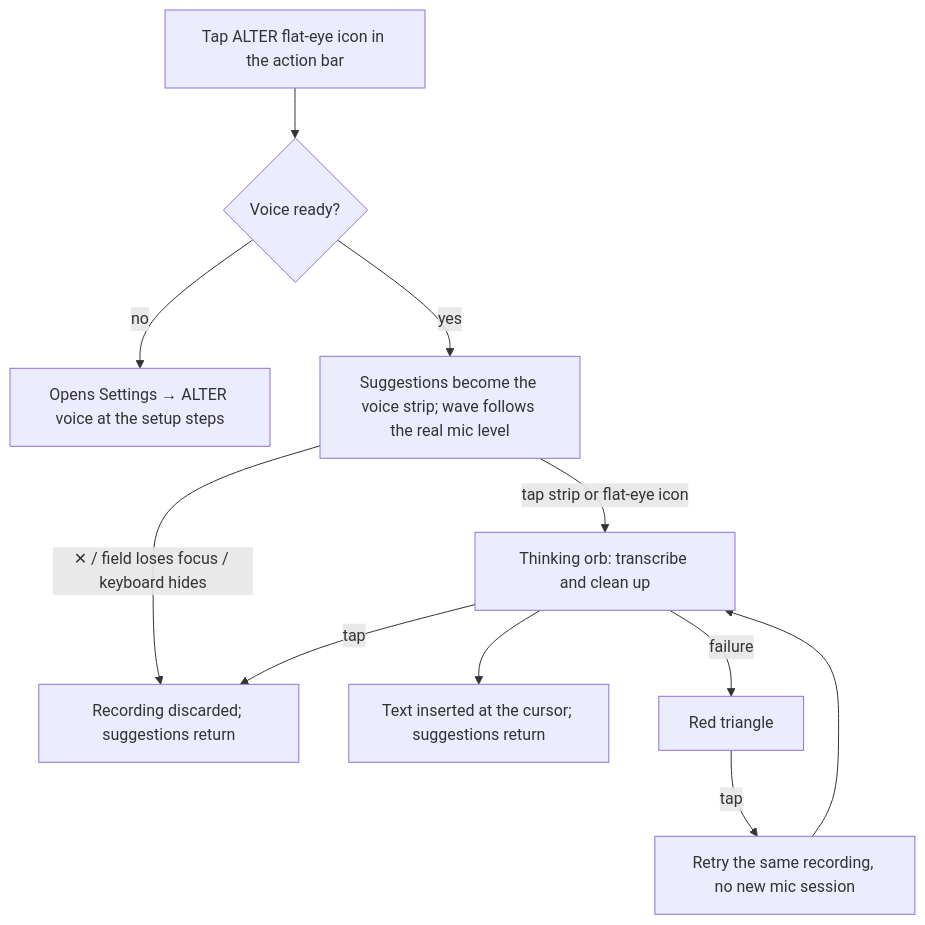
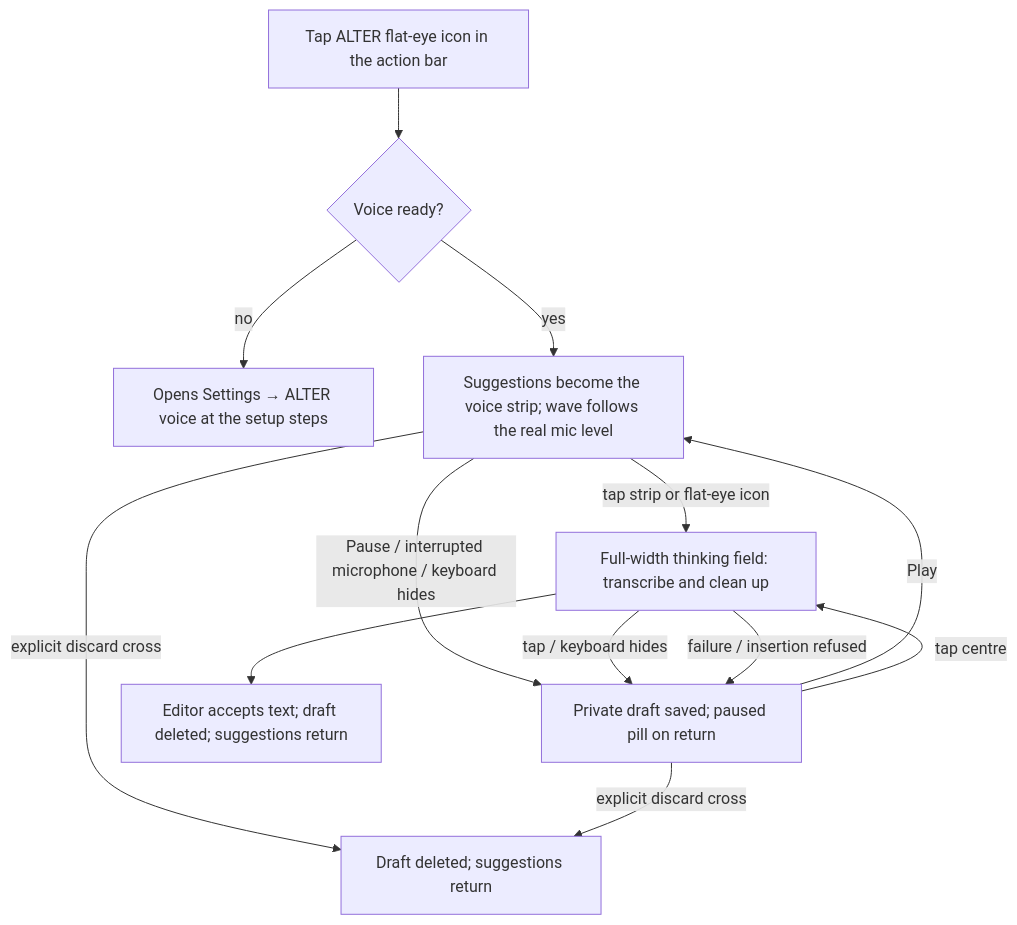
One commit to hardikk-gupta/alter-keyboard changed the second of 3 diagrams in docs/SITEMAP.md. Above: the diagram before and after it, drawn with Mermaid. The commit also changed other lines of this file and 18 other files, not shown here.

Commit message:
Preserve interrupted dictation and fill the processing pill

````diff
--- a/docs/SITEMAP.md
+++ b/docs/SITEMAP.md
@@ -75,13 +75,15 @@
 ```mermaid
 flowchart TD
     A[Tap ALTER flat-eye icon in the action bar] --> B{Voice ready?}
     B -- no --> S[Opens Settings → ALTER voice at the setup steps]
     B -- yes --> C[Suggestions become the voice strip; wave follows the real mic level]
-    C -- tap strip or flat-eye icon --> D[Thinking orb: transcribe and clean up]
-    C -- "✕ / field loses focus / keyboard hides" --> X[Recording discarded; suggestions return]
-    D -- tap --> X
-    D --> E[Text inserted at the cursor; suggestions return]
-    D -- failure --> F[Red triangle]
-    F -- tap --> G[Retry the same recording, no new mic session]
-    G --> D
+    C -- tap strip or flat-eye icon --> D[Full-width thinking field: transcribe and clean up]
+    C -- Pause / interrupted microphone / keyboard hides --> P[Private draft saved; paused pill on return]
+    P -- Play --> C
+    P -- tap centre --> D
+    C -- explicit discard cross --> X[Draft deleted; suggestions return]
+    P -- explicit discard cross --> X
+    D -- tap / keyboard hides --> P
+    D --> E[Editor accepts text; draft deleted; suggestions return]
+    D -- failure / insertion refused --> P
 ```
````
